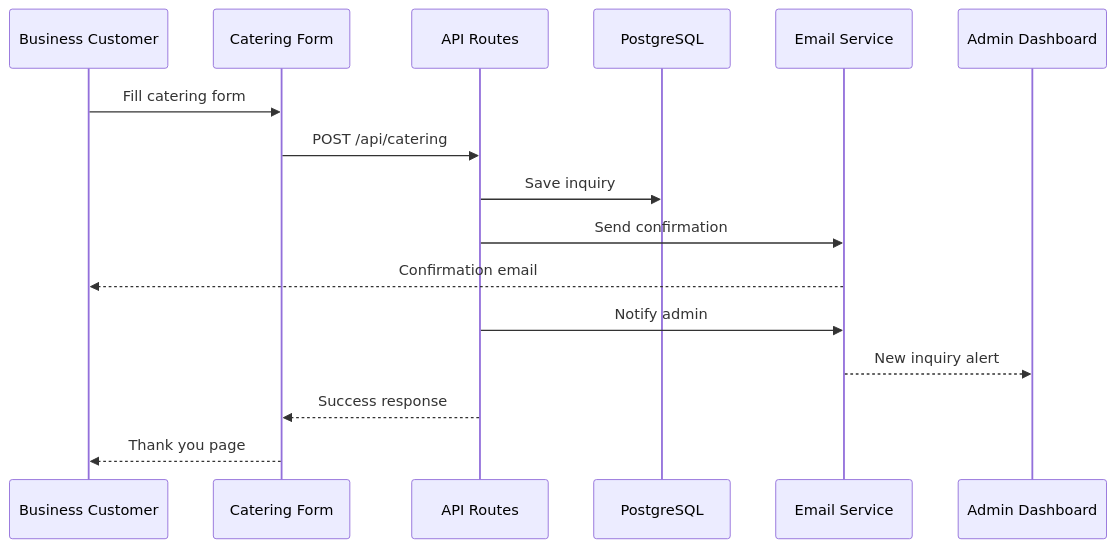
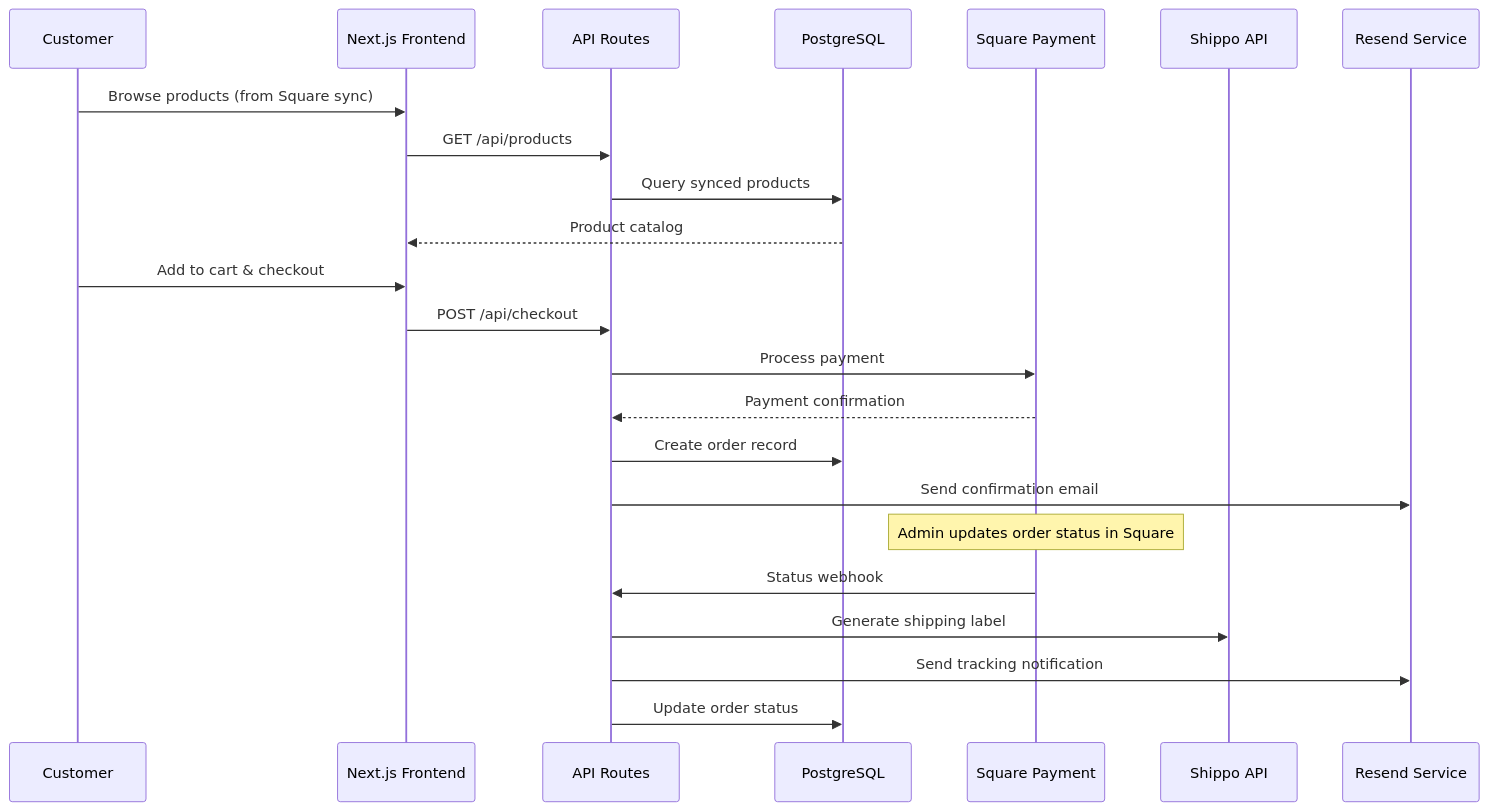
The third of 4 diagrams in docs/architecture/system-overview.md (ReadySet1/destino-sf), drawn with Mermaid before and after one commit. The commit also changed other lines of this file and 10 other files, not shown here.

````diff
--- a/docs/architecture/system-overview.md
+++ b/docs/architecture/system-overview.md
@@ -109,19 +116,28 @@
 ```mermaid
 sequenceDiagram
-    participant B as Business Customer
-    participant UI as Catering Form
+    participant C as Customer
+    participant UI as Next.js Frontend  
     participant API as API Routes
     participant DB as PostgreSQL
-    participant Email as Email Service
-    participant Admin as Admin Dashboard
-
-    B->>UI: Fill catering form
-    UI->>API: POST /api/catering
-    API->>DB: Save inquiry
-    API->>Email: Send confirmation
-    Email-->>B: Confirmation email
-    API->>Email: Notify admin
-    Email-->>Admin: New inquiry alert
-    API-->>UI: Success response
-    UI-->>B: Thank you page
+    participant Square as Square Payment
+    participant Shippo as Shippo API
+    participant Email as Resend Service
+    
+    C->>UI: Browse products (from Square sync)
+    UI->>API: GET /api/products
+    API->>DB: Query synced products
+    DB-->>UI: Product catalog
+    
+    C->>UI: Add to cart & checkout
+    UI->>API: POST /api/checkout
+    API->>Square: Process payment
+    Square-->>API: Payment confirmation
+    API->>DB: Create order record
+    API->>Email: Send confirmation email
+    
+    Note over Square: Admin updates order status in Square
+    Square->>API: Status webhook
+    API->>Shippo: Generate shipping label
+    API->>Email: Send tracking notification
+    API->>DB: Update order status
 ```
````
